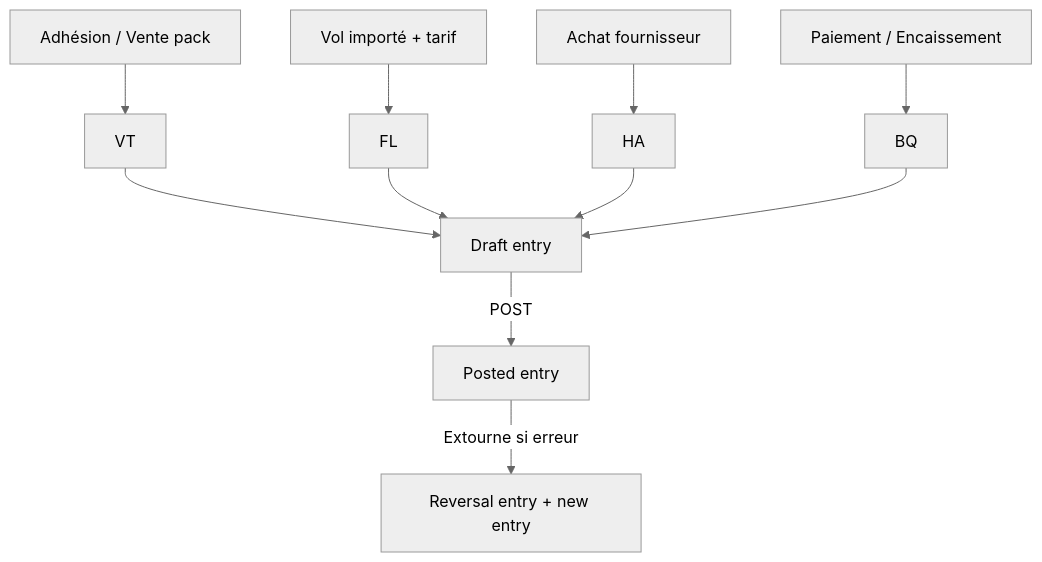
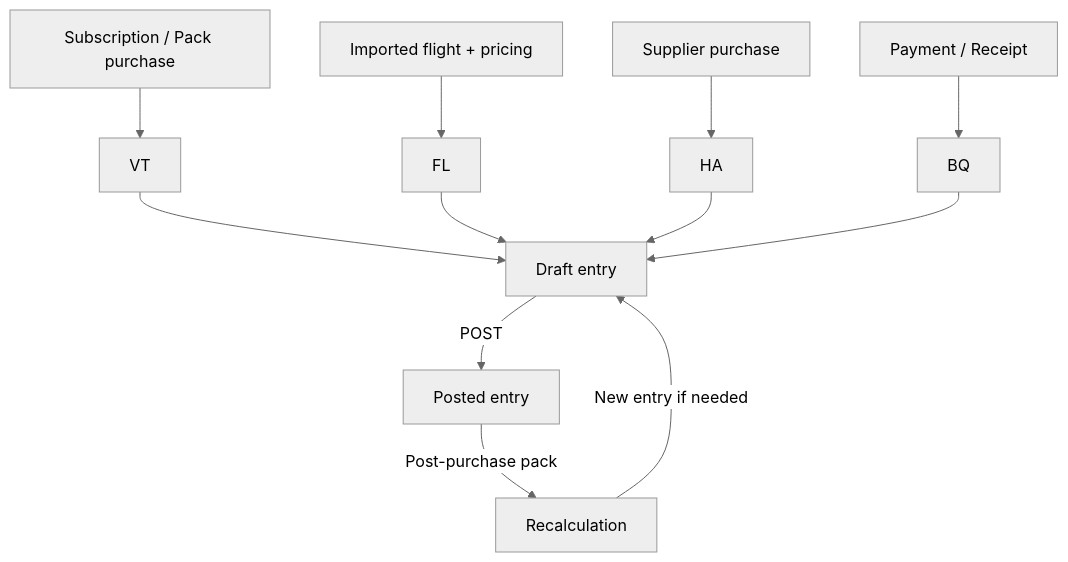
The first of 2 diagrams in docs/compta.md (psa-avat/club-erp), drawn with Mermaid (neutral theme) before and after one commit. The commit also changed other lines of this file and 2 other files, not shown here.

First line of the commit message:
Refactor flight billing system: integrate pack pricing, update data models, and enhance billing configuration management

````diff
--- a/docs/compta.md
+++ b/docs/compta.md
@@ -37,13 +39,17 @@
 ```mermaid
 flowchart TD
-    A[Adhésion / Vente pack] --> VT
-    B[Vol importé + tarif] --> FL
-    C[Achat fournisseur] --> HA
-    D[Paiement / Encaissement] --> BQ
+    A[Subscription / Pack purchase] --> VT
+    B[Imported flight + pricing] --> FL
+    C[Supplier purchase] --> HA
+    D[Payment / Receipt] --> BQ
+
     VT --> Draft[Draft entry]
     FL --> Draft
     HA --> Draft
     BQ --> Draft
+
     Draft -->|POST| Posted[Posted entry]
-    Posted -->|Extourne si erreur| Rev[Reversal entry + new entry]
+
+    Posted -->|Post-purchase pack| Recalc[Recalculation]
+    Recalc -->|New entry if needed| Draft
 ```
````
